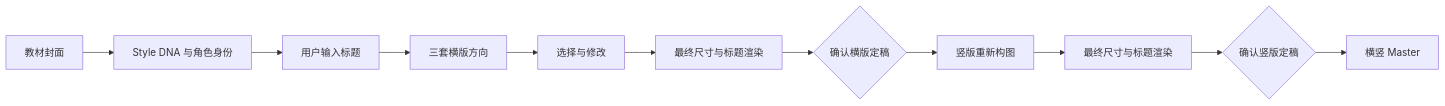
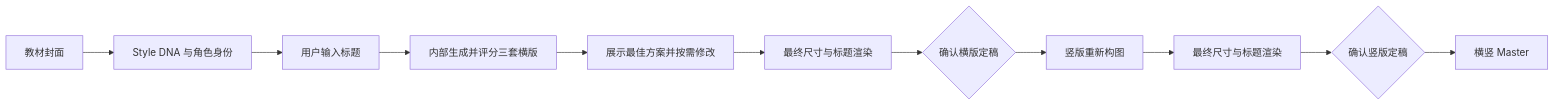
The first of 2 diagrams in README.md (liuxiaoliu2019/certificate-template-studio), drawn with Mermaid before and after one commit. The commit also changed other lines of this file and 3 other files, not shown here.

````diff
--- a/README.md
+++ b/README.md
@@ -37,13 +40,13 @@
 ```mermaid
 flowchart LR
     A[教材封面] --> B[Style DNA 与角色身份]
     B --> C[用户输入标题]
-    C --> D[三套横版方向]
-    D --> E[选择与修改]
+    C --> D[内部生成并评分三套横版]
+    D --> E[展示最佳方案并按需修改]
     E --> F[最终尺寸与标题渲染]
     F --> G{确认横版定稿}
     G --> H[竖版重新构图]
     H --> I[最终尺寸与标题渲染]
     I --> J{确认竖版定稿}
     J --> K[横竖 Master]
 ```
````
